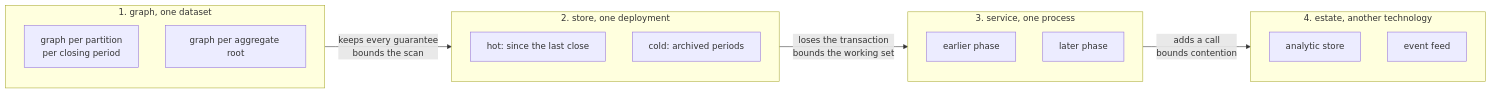
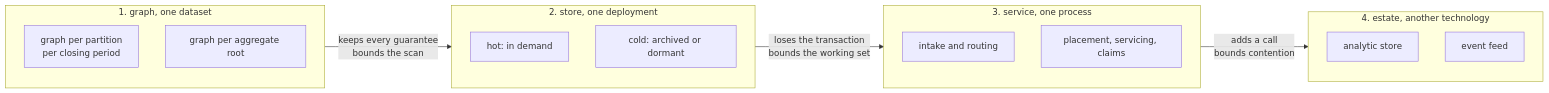
The first of 5 diagrams in docs/developer/sketches/multi-store-runtime.md (nebularis/lattice), drawn with Mermaid before and after one commit. The commit also changed other lines of this file and 4 other files, not shown here.

````diff
--- a/docs/developer/sketches/multi-store-runtime.md
+++ b/docs/developer/sketches/multi-store-runtime.md
@@ -54,23 +58,23 @@
 ```mermaid
 flowchart LR
     subgraph G["1. graph, one dataset"]
         GA["graph per partition<br/>per closing period"]
         GB["graph per aggregate root"]
     end
     subgraph D["2. store, one deployment"]
-        DA["hot: since the last close"]
-        DB["cold: archived periods"]
+        DA["hot: in demand"]
+        DB["cold: archived or dormant"]
     end
     subgraph S["3. service, one process"]
-        SA["earlier phase"]
-        SB["later phase"]
+        SA["intake and routing"]
+        SB["placement, servicing, claims"]
     end
     subgraph E["4. estate, another technology"]
         EA["analytic store"]
         EB["event feed"]
     end
 
     G -->|"keeps every guarantee<br/>bounds the scan"| D
     D -->|"loses the transaction<br/>bounds the working set"| S
     S -->|"adds a call<br/>bounds contention"| E
 ```
````
